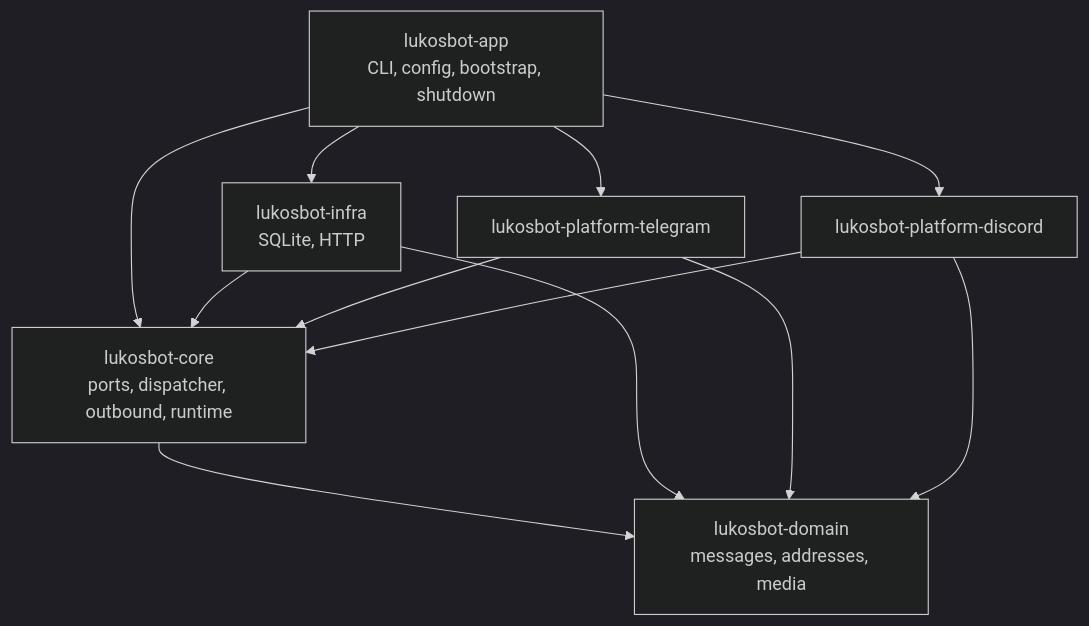
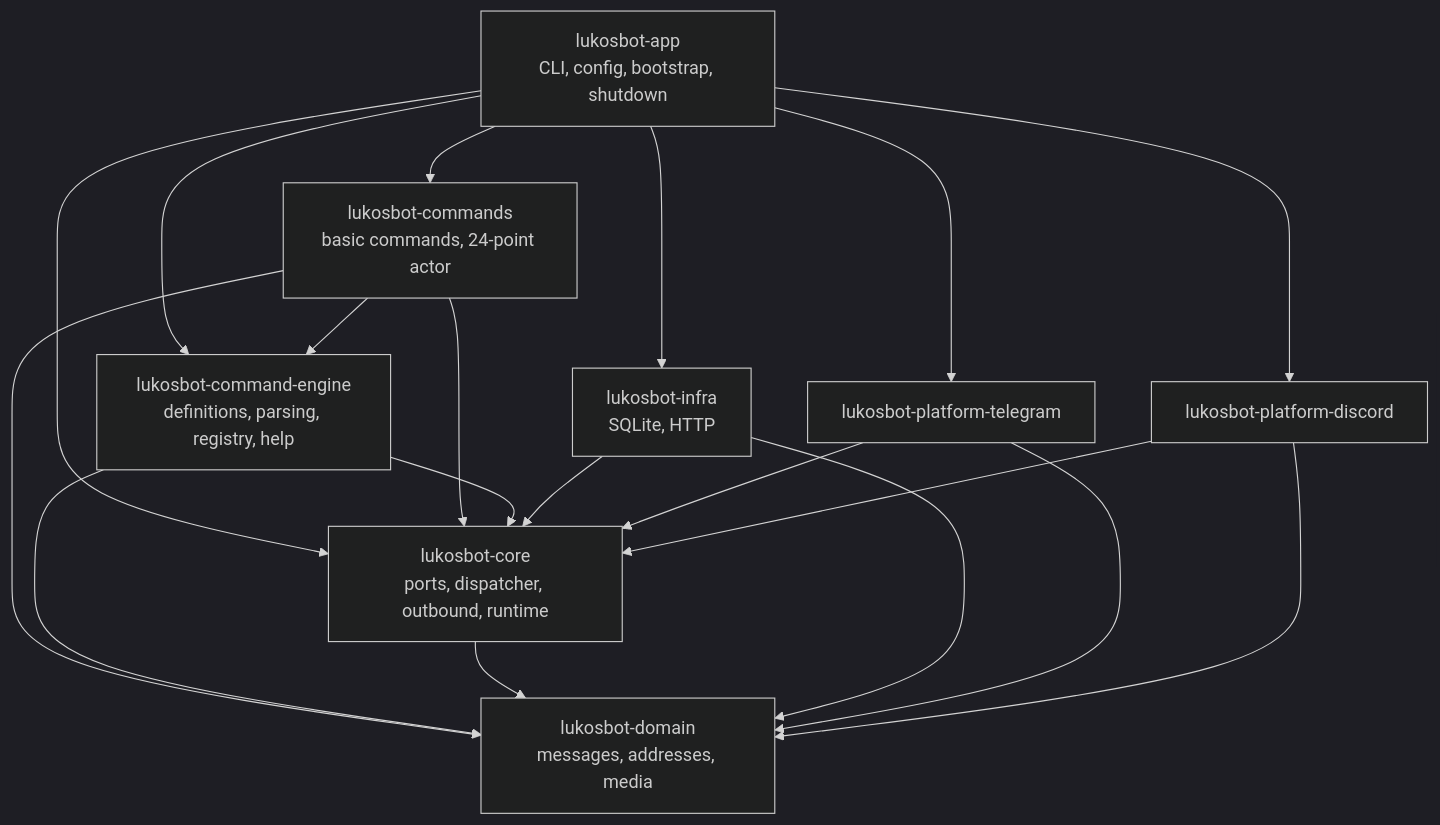
One commit to Chiloven945/lukosbot-rs changed the first of 2 diagrams in docs/architecture.md. Above: the diagram before and after it, drawn with Mermaid (dark theme). The commit also changed other lines of this file and 57 other files, not shown here.

Commit message:
feat: add command engine and basic commands

````diff
--- a/docs/architecture.md
+++ b/docs/architecture.md
@@ -11,20 +11,29 @@
 ```mermaid
 flowchart TD
     APP["lukosbot-app<br/>CLI, config, bootstrap, shutdown"]
     CORE["lukosbot-core<br/>ports, dispatcher, outbound, runtime"]
     DOMAIN["lukosbot-domain<br/>messages, addresses, media"]
     INFRA["lukosbot-infra<br/>SQLite, HTTP"]
+    ENGINE["lukosbot-command-engine<br/>definitions, parsing, registry, help"]
+    COMMANDS["lukosbot-commands<br/>basic commands, 24-point actor"]
     TG["lukosbot-platform-telegram"]
     DC["lukosbot-platform-discord"]
+    APP --> COMMANDS
+    APP --> ENGINE
     APP --> CORE
     APP --> INFRA
     APP --> TG
     APP --> DC
+    COMMANDS --> ENGINE
+    COMMANDS --> CORE
+    COMMANDS --> DOMAIN
+    ENGINE --> CORE
+    ENGINE --> DOMAIN
     CORE --> DOMAIN
     INFRA --> CORE
     INFRA --> DOMAIN
     TG --> CORE
     TG --> DOMAIN
     DC --> CORE
     DC --> DOMAIN
 ```
````
